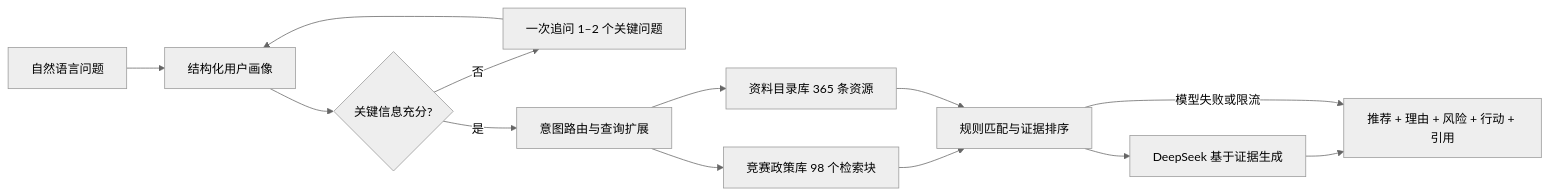
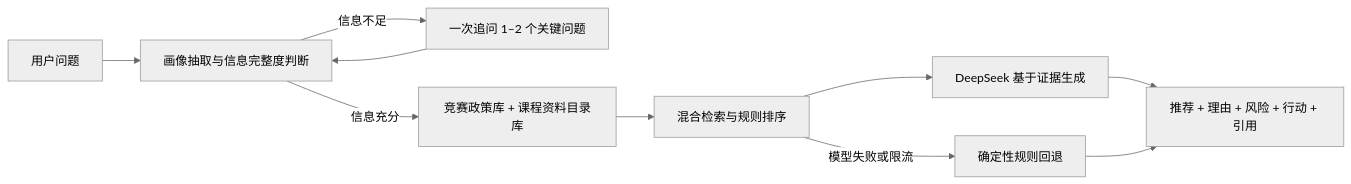
One commit to RRRRaquelle/NJFU-WIKI changed the diagram in README.md. Above: the diagram before and after it, drawn with Mermaid (neutral theme). The commit also changed other lines of this file and 1 other file, not shown here.

````diff
--- a/README.md
+++ b/README.md
@@ -110,15 +82,12 @@
-~~~mermaid
+```mermaid
 flowchart LR
-    A[自然语言问题] --> B[结构化用户画像]
-    B --> C{关键信息充分?}
-    C -->|否| D[一次追问 1–2 个关键问题]
-    D --> B
-    C -->|是| E[意图路由与查询扩展]
-    E --> F[竞赛政策库 98 个检索块]
-    E --> G[资料目录库 365 条资源]
-    F --> H[规则匹配与证据排序]
-    G --> H
-    H --> I[DeepSeek 基于证据生成]
-    I --> J[推荐 + 理由 + 风险 + 行动 + 引用]
-    H -->|模型失败或限流| J
-~~~
+    A[用户问题] --> B[画像抽取与信息完整度判断]
+    B -->|信息不足| C[一次追问 1–2 个关键问题]
+    C --> B
+    B -->|信息充分| D[竞赛政策库 + 课程资料目录库]
+    D --> E[混合检索与规则排序]
+    E --> F[DeepSeek 基于证据生成]
+    F --> G[推荐 + 理由 + 风险 + 行动 + 引用]
+    E -->|模型失败或限流| H[确定性规则回退]
+    H --> G
+```
````
